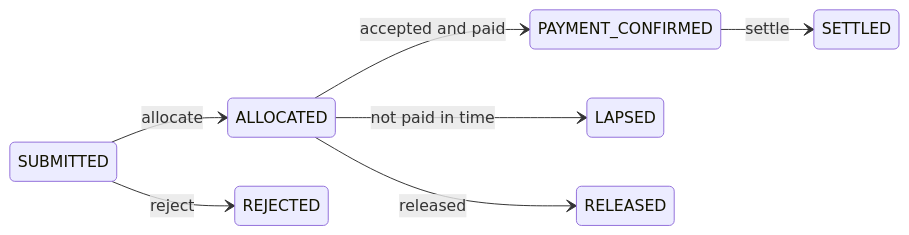
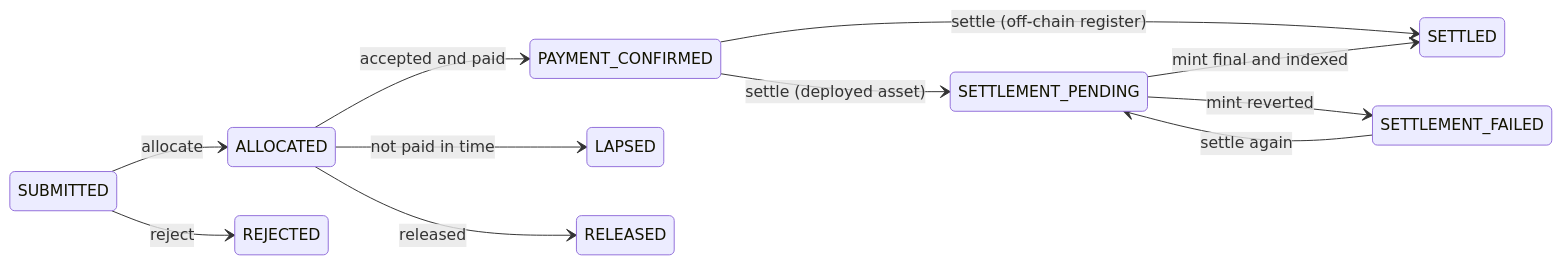
Before and after one commit to makibytes/registerwerk: the second of 3 diagrams in docs/customer/lifecycle/primary-issuance.md, drawn with Mermaid. The commit also changed other lines of this file and 282 other files, not shown here.

````diff
--- a/docs/customer/lifecycle/primary-issuance.md
+++ b/docs/customer/lifecycle/primary-issuance.md
@@ -94,10 +94,14 @@
 ```mermaid
 stateDiagram-v2
     direction LR
     SUBMITTED --> ALLOCATED: allocate
     ALLOCATED --> PAYMENT_CONFIRMED: accepted and paid
-    PAYMENT_CONFIRMED --> SETTLED: settle
+    PAYMENT_CONFIRMED --> SETTLEMENT_PENDING: settle (deployed asset)
+    PAYMENT_CONFIRMED --> SETTLED: settle (off-chain register)
+    SETTLEMENT_PENDING --> SETTLED: mint final and indexed
+    SETTLEMENT_PENDING --> SETTLEMENT_FAILED: mint reverted
+    SETTLEMENT_FAILED --> SETTLEMENT_PENDING: settle again
     ALLOCATED --> LAPSED: not paid in time
     ALLOCATED --> RELEASED: released
     SUBMITTED --> REJECTED: reject
 ```
````
